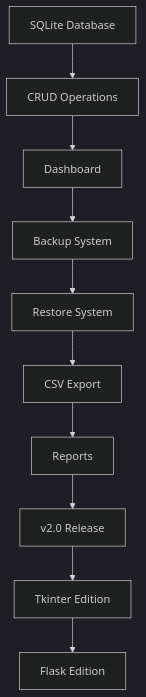
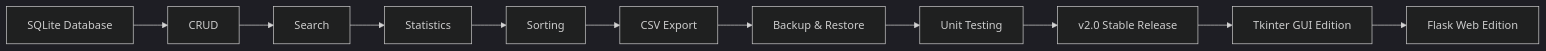
The third of 3 diagrams in README.md (soumith-64/student-management-system-sqlite), drawn with Mermaid (dark theme) before and after one commit. The commit also changed other lines of this file, not shown here.

````diff
--- a/README.md
+++ b/README.md
@@ -503,27 +449,29 @@
 ```mermaid
-flowchart TD
+flowchart LR
 
 A[SQLite Database]
 
--->B[CRUD Operations]
+-->B[CRUD]
 
--->C[Dashboard]
+-->C[Search]
 
--->D[Backup System]
+-->D[Statistics]
 
--->E[Restore System]
+-->E[Sorting]
 
 -->F[CSV Export]
 
--->G[Reports]
+-->G[Backup & Restore]
 
--->H[v2.0 Release]
+-->H[Unit Testing]
 
-H
-
--->I[Tkinter Edition]
+-->I[v2.0 Stable Release]
 
 I
 
--->J[Flask Edition]
+-->J[Tkinter GUI Edition]
+
+J
+
+-->K[Flask Web Edition]
 ```
````
